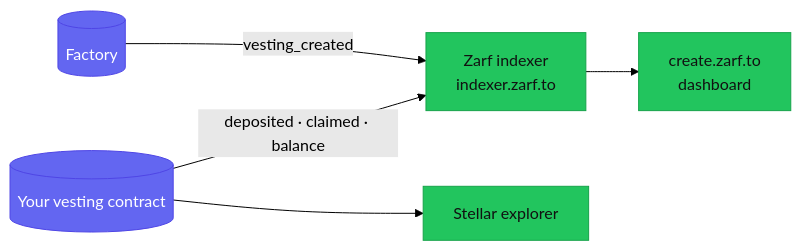
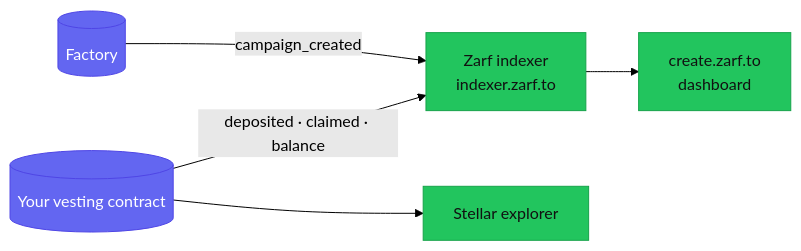
The diagram in web/apps/docs/src/content/docs/creators/monitoring.md (trionlabs/zarf), drawn with Mermaid (forest theme) before and after one commit. The commit also changed other lines of this file and 22 other files, not shown here.

````diff
--- a/web/apps/docs/src/content/docs/creators/monitoring.md
+++ b/web/apps/docs/src/content/docs/creators/monitoring.md
@@ -57,11 +57,11 @@
 ```mermaid
 flowchart LR
-  FAC[("Factory")] -->|"vesting_created"| IDX["Zarf indexer<br/>indexer.zarf.to"]
+  FAC[("Factory")] -->|"campaign_created"| IDX["Zarf indexer<br/>indexer.zarf.to"]
   VEST[("Your vesting contract")] -->|"deposited · claimed · balance"| IDX
   IDX --> DASH["create.zarf.to<br/>dashboard"]
   VEST --> EXP["Stellar explorer"]
   classDef onchain fill:#6366f1,color:#fff,stroke:#4f46e5;
   classDef funds fill:#22c55e,color:#111,stroke:#16a34a;
   class FAC,VEST onchain;
   class IDX,DASH,EXP funds;
 ```
````
